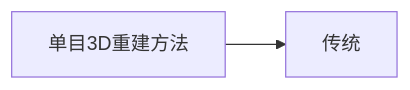
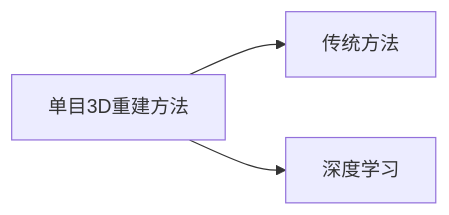
One commit to 404AleFound/obsidian-note changed the diagram in 04-work-diary/港研院/清淤机器人/文献笔记/【2023】Han et al..md. Above: the diagram before and after it, drawn with Mermaid. The commit also changed other lines of this file, not shown here.

Commit message:
2026-09-29 22:32:14: obsidian note auto commit ale-macAir

````diff
--- a/04-work-diary/港研院/清淤机器人/文献笔记/【2023】Han et al..md
+++ b/04-work-diary/港研院/清淤机器人/文献笔记/【2023】Han et al..md
@@ -9,4 +9,5 @@
 ```mermaid
 graph LR
-A[单目3D重建方法]-->B[传统]
+A[单目3D重建方法] --> B[传统方法];
+A --> C[深度学习]
 ```
````
